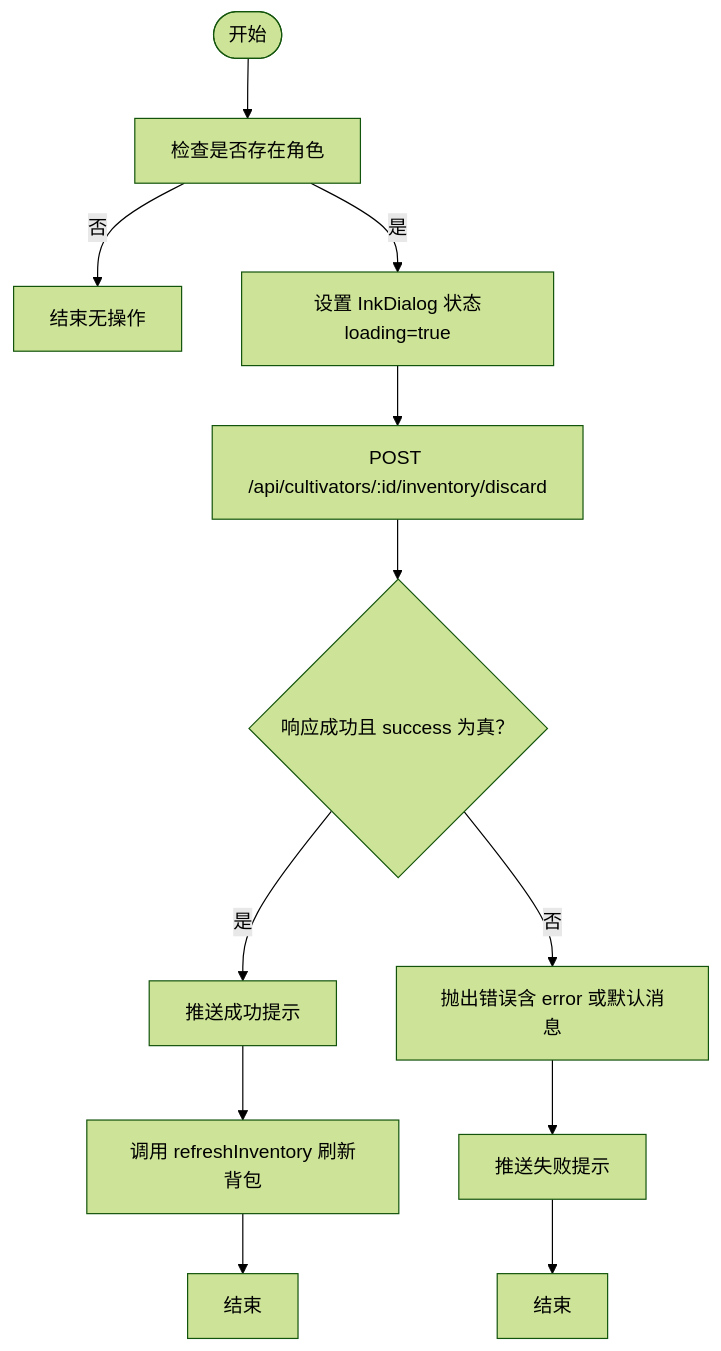
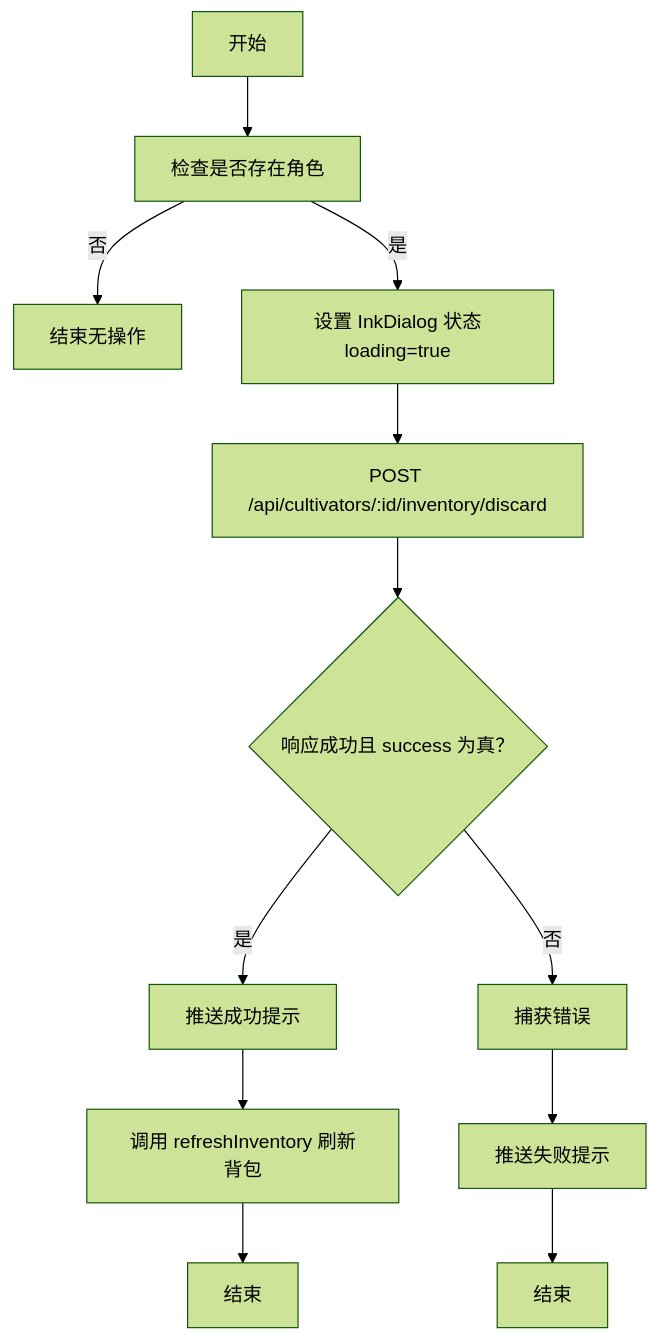
The third of 4 diagrams in .qoder/repowiki/zh/content/核心功能模块/角色系统/装备系统/背包管理.md (ChurchTao/Daoyou), drawn with Mermaid (forest theme) before and after one commit. The commit also changed other lines of this file and 14 other files, not shown here.

````diff
--- a/.qoder/repowiki/zh/content/核心功能模块/角色系统/装备系统/背包管理.md
+++ b/.qoder/repowiki/zh/content/核心功能模块/角色系统/装备系统/背包管理.md
@@ -148,14 +202,14 @@
 ```mermaid
 flowchart TD
-Start(["开始"]) --> CheckUser["检查是否存在角色"]
+Start["开始"] --> CheckUser["检查是否存在角色"]
 CheckUser --> |否| EndNoop["结束无操作"]
 CheckUser --> |是| BuildDialog["设置 InkDialog 状态loading=true"]
 BuildDialog --> CallAPI["POST /api/cultivators/:id/inventory/discard"]
 CallAPI --> RespOK{"响应成功且 success 为真？"}
 RespOK --> |是| ToastSuccess["推送成功提示"]
 ToastSuccess --> RefreshInv["调用 refreshInventory 刷新背包"]
 RefreshInv --> EndOk["结束"]
-RespOK --> |否| ThrowErr["抛出错误含 error 或默认消息"]
+RespOK --> |否| ThrowErr["捕获错误"]
 ThrowErr --> ToastFail["推送失败提示"]
 ToastFail --> EndErr["结束"]
 ```
````
